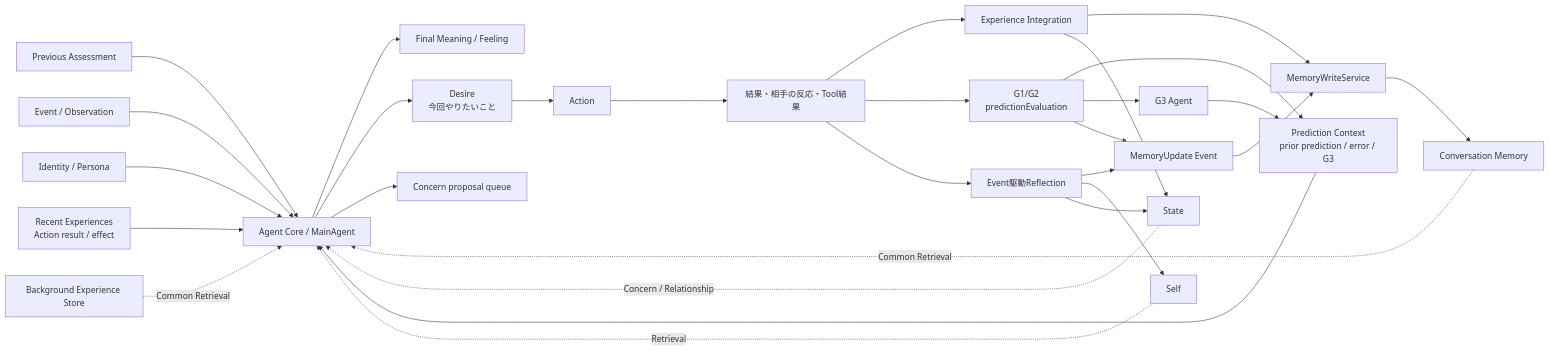
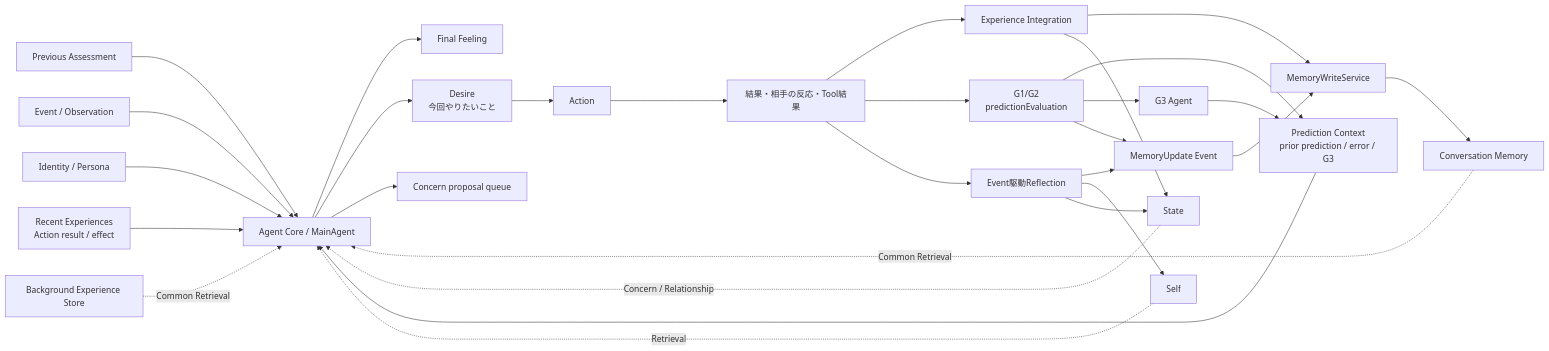
The first of 8 diagrams in docs/AGENT_MOTIVATION_MODEL.md (if001/social_agent), drawn with Mermaid before and after one commit. The commit also changed other lines of this file and 27 other files, not shown here.

Commit message:
refactor: simplify agent core action output (#102)

````diff
--- a/docs/AGENT_MOTIVATION_MODEL.md
+++ b/docs/AGENT_MOTIVATION_MODEL.md
@@ -11,31 +11,31 @@
 ```mermaid
 flowchart LR
     PA[Previous Assessment] --> C
     E[Event / Observation] --> C
     PC[Prediction Context<br/>prior prediction / error / G3] --> C
     ID[Identity / Persona] --> C
     RX[Recent Experiences<br/>Action result / effect] --> C
-    C[Agent Core / MainAgent] --> MF[Final Meaning / Feeling]
+    C[Agent Core / MainAgent] --> MF[Final Feeling]
     S[Self] -. Retrieval .-> C
     ST[State] -. Concern / Relationship .-> C
     M[Conversation Memory] -. Common Retrieval .-> C
     BG[Background Experience Store] -. Common Retrieval .-> C
     C --> D[Desire<br/>今回やりたいこと]
     D --> X[Action]
     C --> Q[Concern proposal queue]
     X --> R[結果・相手の反応・Tool結果]
     R --> EI[Experience Integration]
     EI --> MW[MemoryWriteService]
     EI --> ST
     R --> PE[G1/G2<br/>predictionEvaluation]
     PE --> PC
     PE --> G3[G3 Agent]
     G3 --> PC
     PE --> MU[MemoryUpdate Event]
     MU --> MW[MemoryWriteService]
     MW --> M
     R --> RF[Event駆動Reflection]
     RF --> MU
     RF --> S
     RF --> ST
 ```
````
